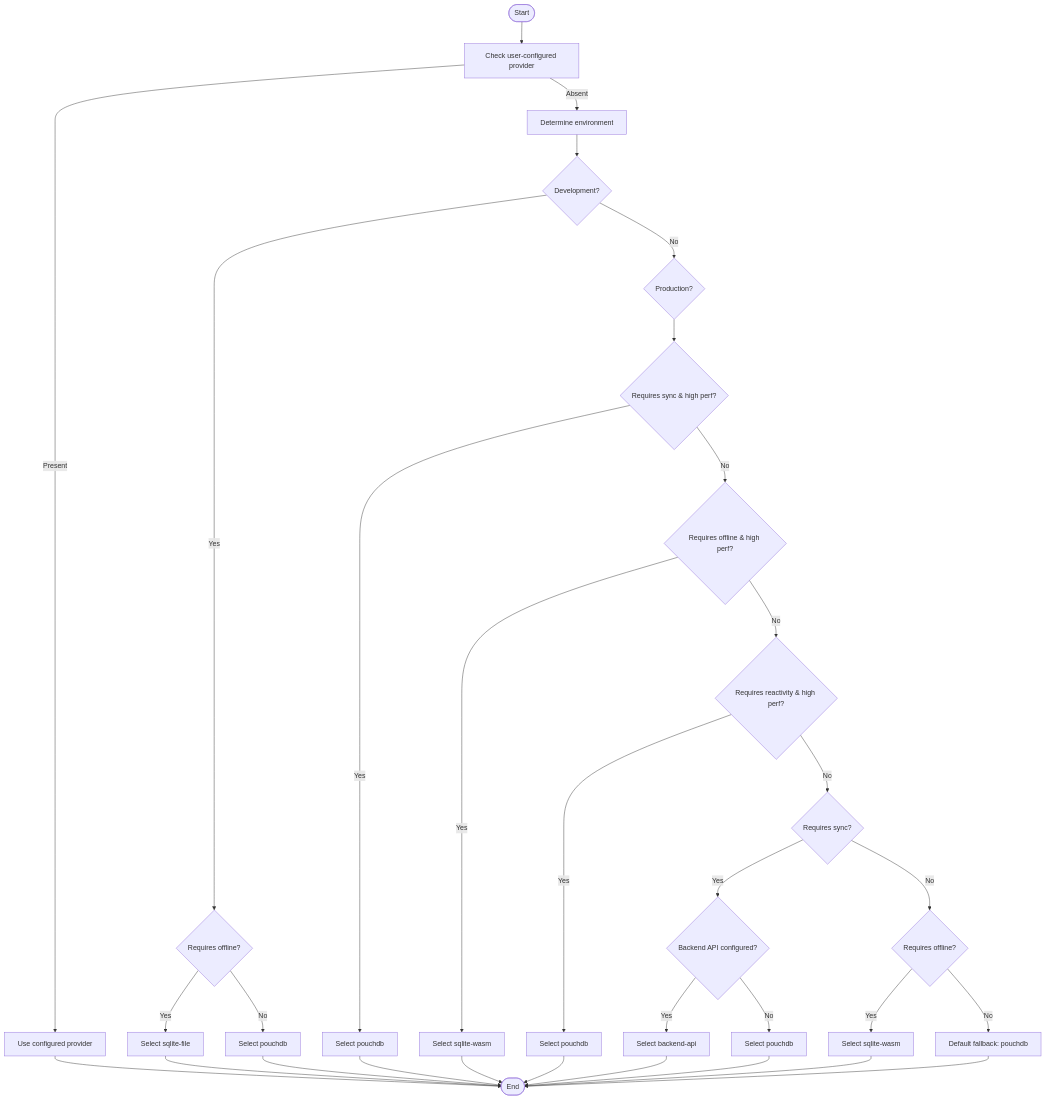
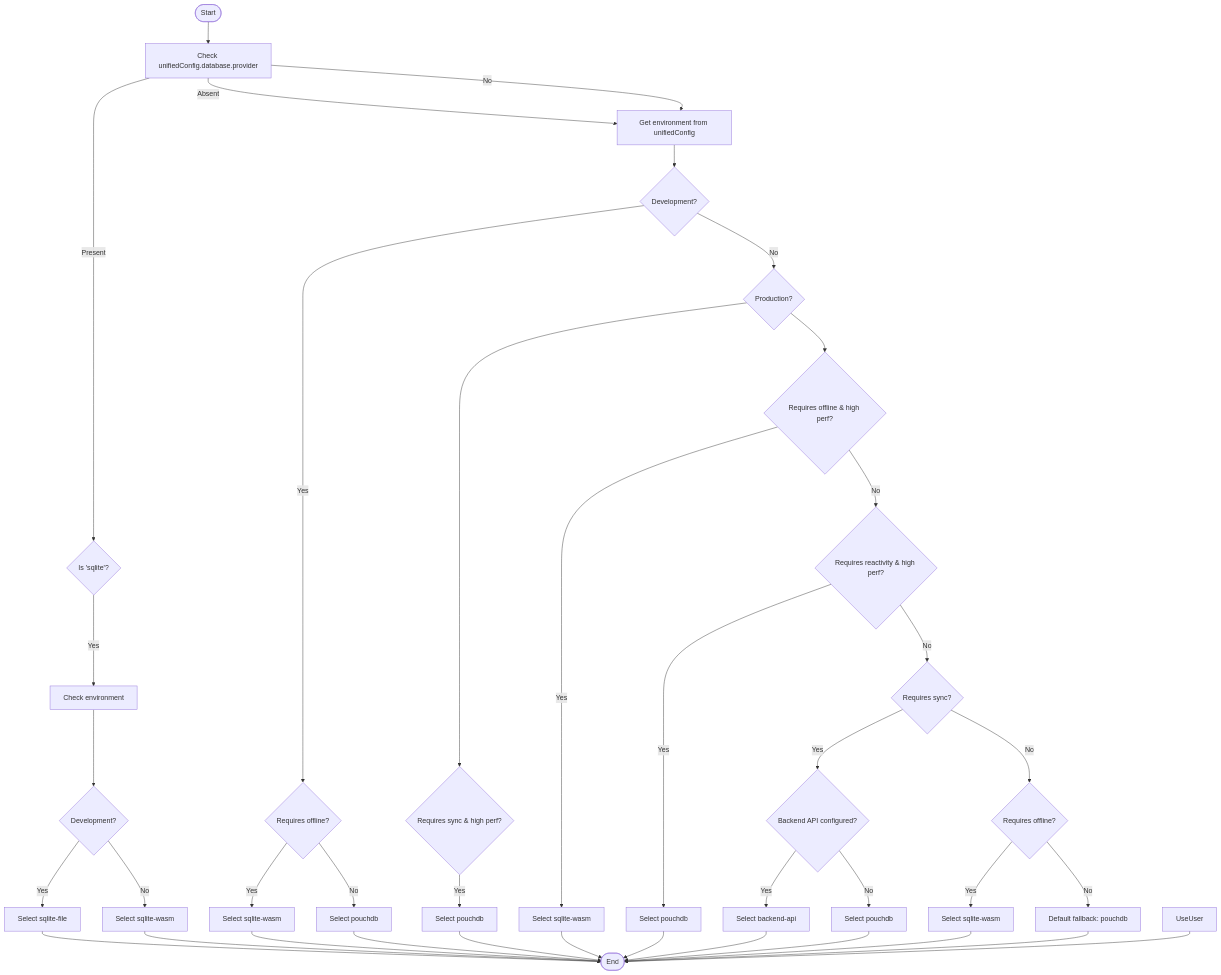
The fourth of 8 diagrams in .qoder/repowiki/en/content/Data Layer/Database Providers/Provider Selection & Factory.md (geniusdynamics/schoolpilot), drawn with Mermaid before and after one commit. The commit also changed other lines of this file and 16 other files, not shown here.

````diff
--- a/.qoder/repowiki/en/content/Data Layer/Database Providers/Provider Selection & Factory.md
+++ b/.qoder/repowiki/en/content/Data Layer/Database Providers/Provider Selection & Factory.md
@@ -196,34 +211,41 @@
 ```mermaid
 flowchart TD
-Start(["Start"]) --> CheckUserCfg["Check user-configured provider"]
-CheckUserCfg --> |Present| UseUser["Use configured provider"]
-CheckUserCfg --> |Absent| EnvCheck["Determine environment"]
+Start(["Start"]) --> CheckUserCfg["Check unifiedConfig.database.provider"]
+CheckUserCfg --> |Present| CheckSqlite{"Is 'sqlite'?"}
+CheckUserCfg --> |Absent| CheckEnv["Get environment from unifiedConfig"]
+CheckSqlite --> |Yes| EnvCheck["Check environment"]
 EnvCheck --> Dev{"Development?"}
-Dev --> |Yes| ReqOffline{"Requires offline?"}
-Dev --> |No| Prod{"Production?"}
-ReqOffline --> |Yes| UseSqliteFile["Select sqlite-file"]
+Dev --> |Yes| UseSqliteFile["Select sqlite-file"]
+Dev --> |No| UseSqliteWASM["Select sqlite-wasm"]
+CheckUserCfg --> |No| CheckEnv
+CheckEnv --> Dev2{"Development?"}
+Dev2 --> |Yes| ReqOffline{"Requires offline?"}
+Dev2 --> |No| Prod{"Production?"}
+ReqOffline --> |Yes| UseSqliteWASM2["Select sqlite-wasm"]
 ReqOffline --> |No| UsePouchDB["Select pouchdb"]
 Prod --> Sync{"Requires sync & high perf?"}
 Sync --> |Yes| UsePouchDB2["Select pouchdb"]
-Sync --> |No| Offline{"Requires offline & high perf?"}
-Offline --> |Yes| UseSqliteWASM["Select sqlite-wasm"]
+Prod --> Offline{"Requires offline & high perf?"}
+Offline --> |Yes| UseSqliteWASM3["Select sqlite-wasm"]
 Offline --> |No| Reactivity{"Requires reactivity & high perf?"}
 Reactivity --> |Yes| UsePouchDB3["Select pouchdb"]
 Reactivity --> |No| Sync2{"Requires sync?"}
 Sync2 --> |Yes| ApiCfg{"Backend API configured?"}
 ApiCfg --> |Yes| UseBackendAPI["Select backend-api"]
 ApiCfg --> |No| UsePouchDB4["Select pouchdb"]
 Sync2 --> |No| Offline2{"Requires offline?"}
-Offline2 --> |Yes| UseSqliteWASM2["Select sqlite-wasm"]
+Offline2 --> |Yes| UseSqliteWASM4["Select sqlite-wasm"]
 Offline2 --> |No| Fallback["Default fallback: pouchdb"]
 UseUser --> End(["End"])
 UsePouchDB --> End
 UseSqliteFile --> End
 UseSqliteWASM --> End
 UseBackendAPI --> End
 UsePouchDB2 --> End
 UsePouchDB3 --> End
 UsePouchDB4 --> End
 UseSqliteWASM2 --> End
+UseSqliteWASM3 --> End
+UseSqliteWASM4 --> End
 Fallback --> End
 ```
````
